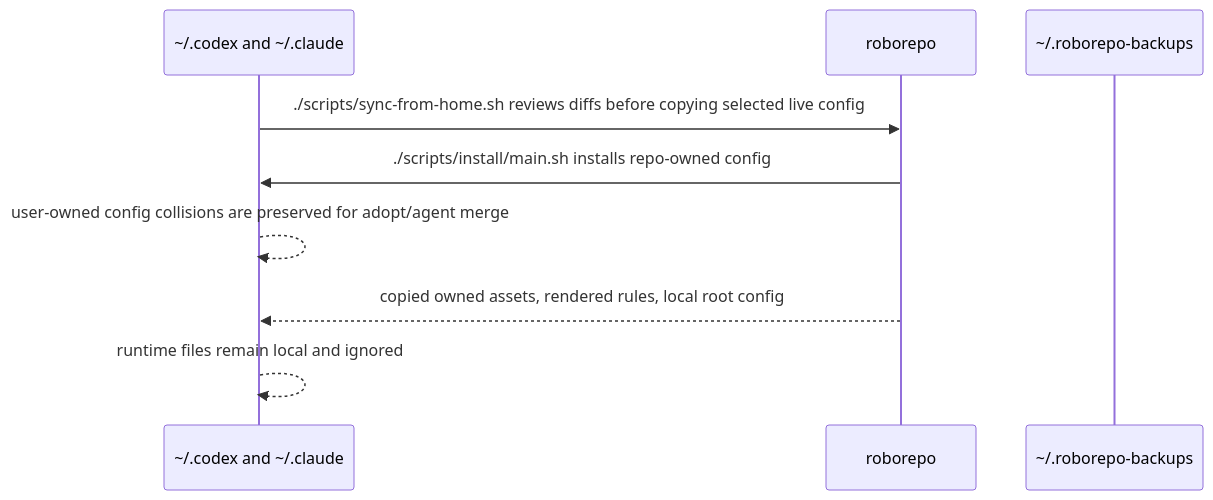
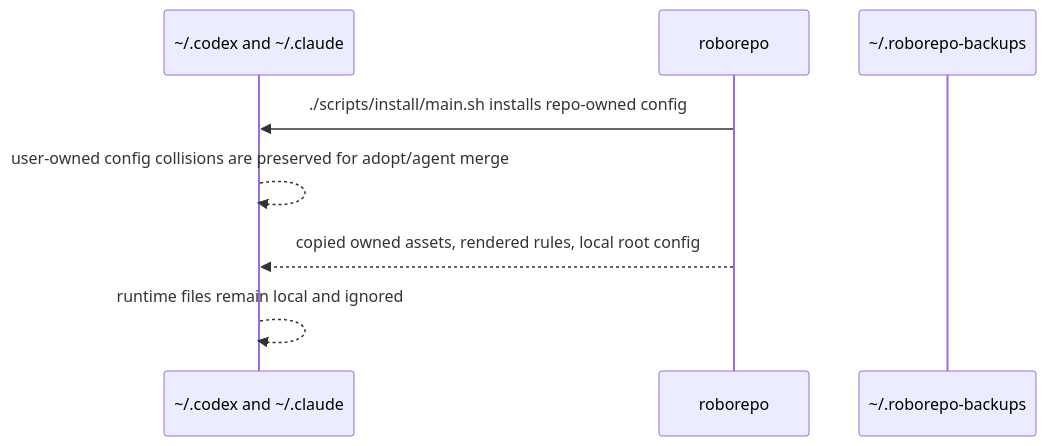
Before and after one commit to kirinmurphy/harness_configs: the second of 2 diagrams in docs/reference/services/architecture.md, drawn with Mermaid. The commit also changed 20 other files, not shown here.

````diff
--- a/docs/reference/services/architecture.md
+++ b/docs/reference/services/architecture.md
@@ -224,12 +224,11 @@
 ```mermaid
 sequenceDiagram
   participant Home as ~/.codex and ~/.claude
   participant Repo as roborepo
   participant Backup as ~/.roborepo-backups
 
-  Home->>Repo: ./scripts/sync-from-home.sh reviews diffs before copying selected live config
   Repo->>Home: ./scripts/install/main.sh installs repo-owned config
   Home-->>Home: user-owned config collisions are preserved for adopt/agent merge
   Repo-->>Home: copied owned assets, rendered rules, local root config
   Home-->>Home: runtime files remain local and ignored
 ```
````
